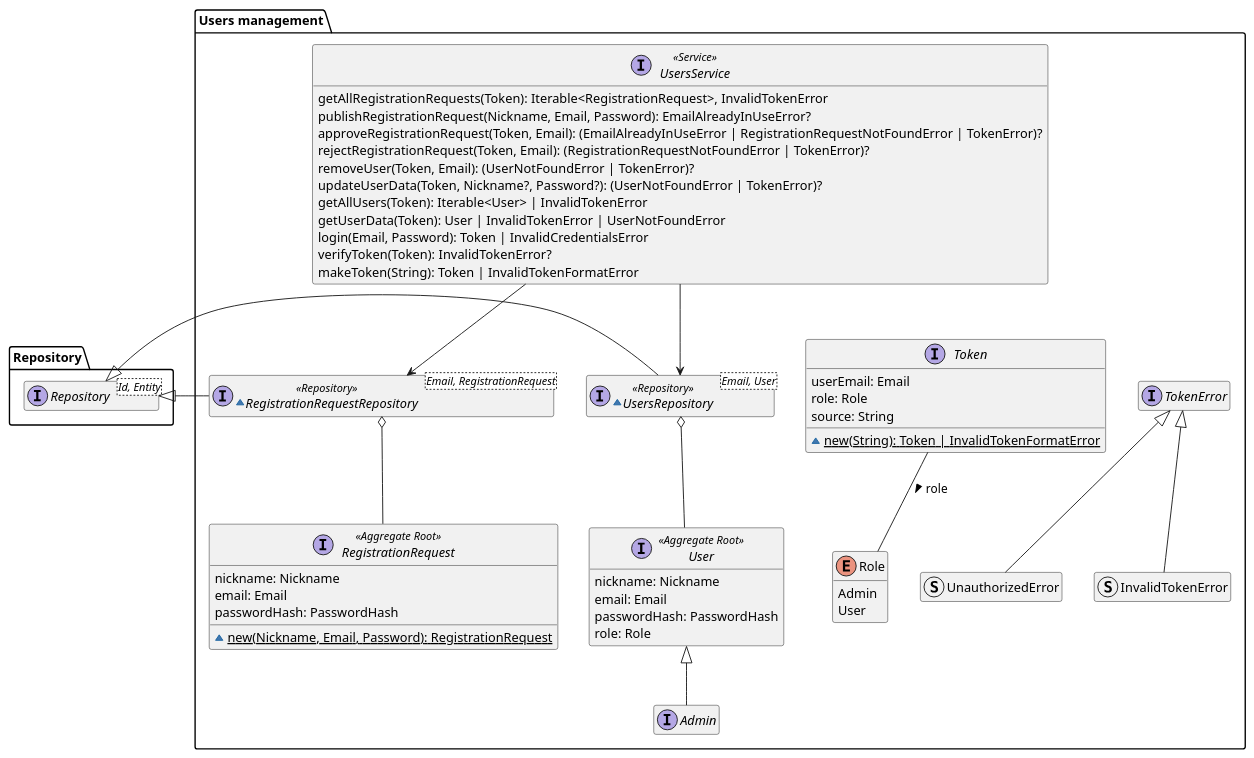
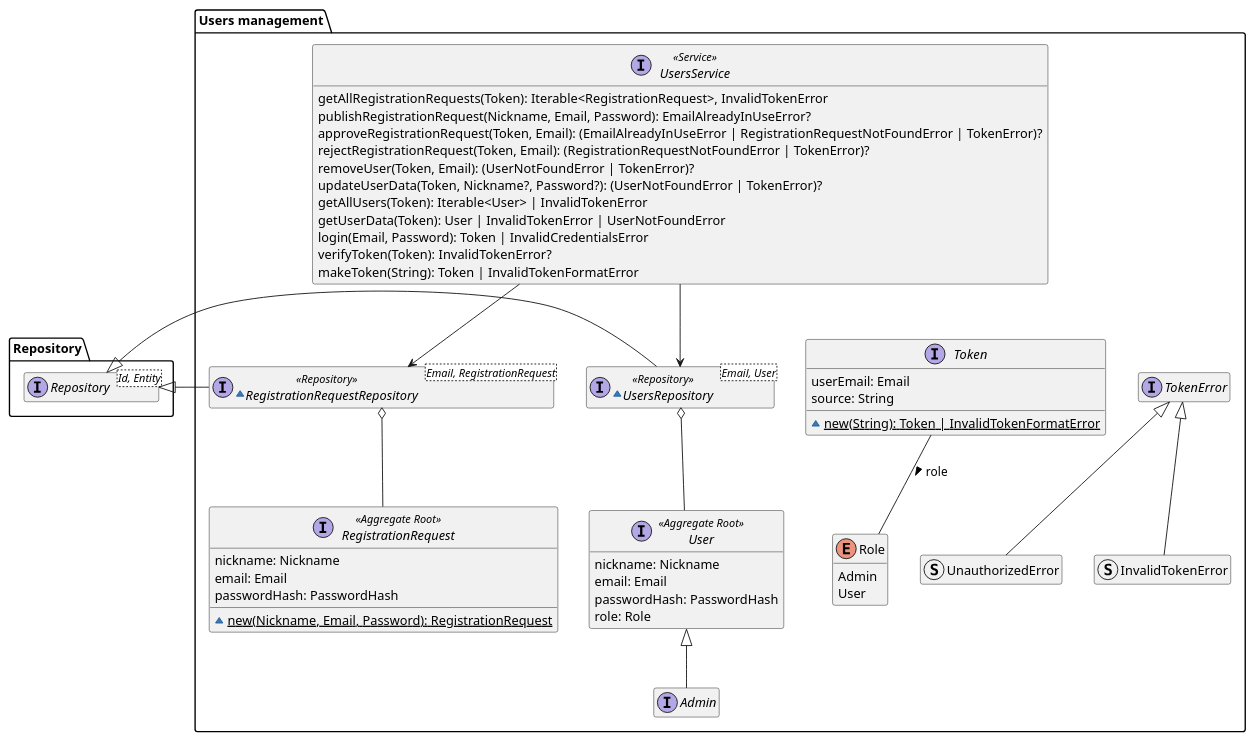
One commit to DomoticASW/.github changed the diagram in diagrams/src/users-management-domain-model.puml. Above: the diagram before and after it, drawn with PlantUML. The commit also changed 1 other file, not shown here.

Commit message:
fix: remove role attribute from Token interface

```diff
--- a/diagrams/src/users-management-domain-model.puml
+++ b/diagrams/src/users-management-domain-model.puml
@@ -1,70 +1,69 @@
 @startuml users-management-domain-model
 
 hide empty members
 package Repository{
     interface Repository<Id, Entity>
 }
 
 package "Users management" as Users {
     interface User <<Aggregate Root>> {
         nickname: Nickname
         email: Email
         passwordHash: PasswordHash
         role: Role
     }
     interface Admin extends User
 
     interface RegistrationRequest <<Aggregate Root>> {
         nickname: Nickname
         email: Email
         passwordHash: PasswordHash
         ~{static} new(Nickname, Email, Password): RegistrationRequest
     }
 
     interface Token {
         userEmail: Email
-        role: Role
         source: String
         ~{static} new(String): Token | InvalidTokenFormatError
     }
     enum Role {
         Admin
         User
     }
     Token -- Role : "role >"
 
     interface UsersService <<Service>> {
         getAllRegistrationRequests(Token): Iterable<RegistrationRequest>, InvalidTokenError
         publishRegistrationRequest(Nickname, Email, Password): EmailAlreadyInUseError?
         approveRegistrationRequest(Token, Email): (EmailAlreadyInUseError | RegistrationRequestNotFoundError | TokenError)?
         rejectRegistrationRequest(Token, Email): (RegistrationRequestNotFoundError | TokenError)?
         removeUser(Token, Email): (UserNotFoundError | TokenError)?
         updateUserData(Token, Nickname?, Password?): (UserNotFoundError | TokenError)?
         getAllUsers(Token): Iterable<User> | InvalidTokenError
         getUserData(Token): User | InvalidTokenError | UserNotFoundError
         login(Email, Password): Token | InvalidCredentialsError
         verifyToken(Token): InvalidTokenError?
         makeToken(String): Token | InvalidTokenFormatError
     }
 
     ~interface RegistrationRequestRepository<Email, RegistrationRequest> <<Repository>> {
     }
     RegistrationRequestRepository -l-|> Repository.Repository
     RegistrationRequestRepository o-- RegistrationRequest
     ~interface UsersRepository<Email, User> <<Repository>> {
     }
     UsersRepository -l-|> Repository.Repository
     UsersRepository o-- User
     
     UsersService --> UsersRepository
     UsersService --> RegistrationRequestRepository
 
     interface TokenError
     struct UnauthorizedError extends TokenError
     struct InvalidTokenError extends TokenError
     Token -r[hidden]- TokenError
 
     UsersService -[hidden]-> Token
 }
 
 @enduml
```
